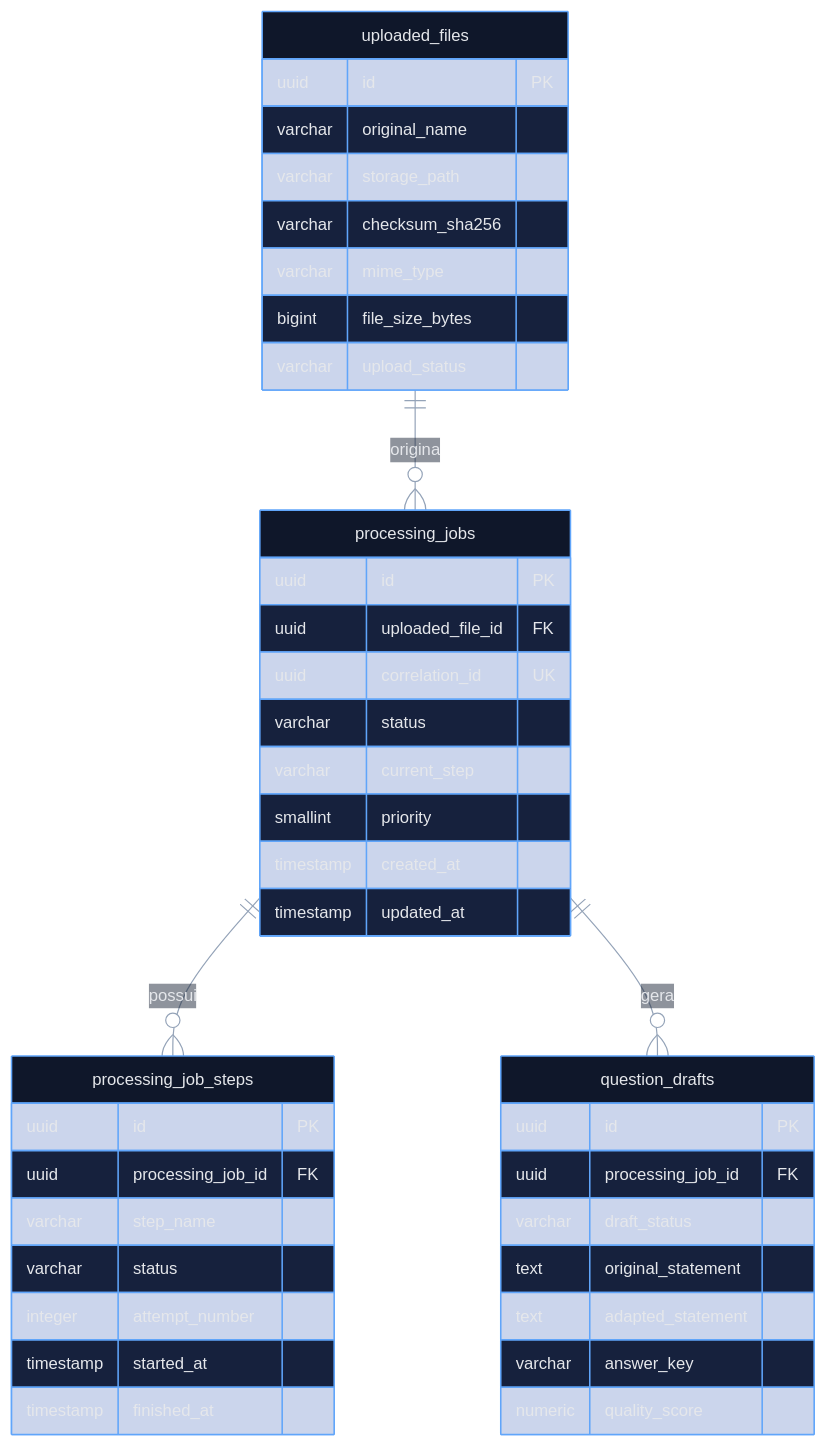
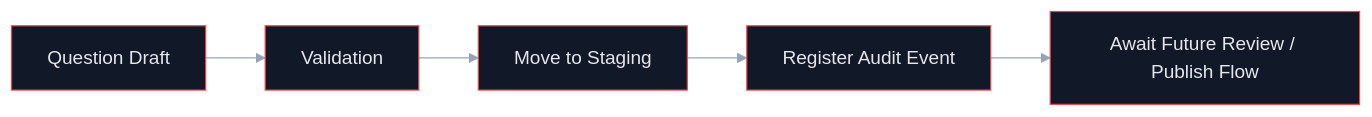
Before and after one commit to matheusdiamantino-betalent/IA: the fifth of 6 diagrams in README.md, drawn with Mermaid. The commit also changed other lines of this file, not shown here.

````diff
--- a/README.md
+++ b/README.md
@@ -787,76 +648,21 @@
 ```mermaid
 %%{init: {
   "theme": "base",
   "themeVariables": {
-    "background": "#020617",
-    "primaryColor": "#0f172a",
+    "background": "#0b1220",
+    "primaryColor": "#111827",
     "primaryTextColor": "#e5e7eb",
-    "primaryBorderColor": "#60a5fa",
-    "lineColor": "#94a3b8",
-    "secondaryColor": "#111827",
-    "secondaryTextColor": "#e2e8f0",
-    "secondaryBorderColor": "#34d399",
-    "tertiaryColor": "#1e293b",
-    "tertiaryTextColor": "#f8fafc",
-    "noteBkgColor": "#1e293b",
-    "noteTextColor": "#e2e8f0",
-    "noteBorderColor": "#a78bfa",
-    "actorBkg": "#0f172a",
-    "actorTextColor": "#e5e7eb",
-    "actorBorder": "#60a5fa",
-    "actorLineColor": "#94a3b8",
-    "signalColor": "#cbd5e1",
-    "signalTextColor": "#e5e7eb",
-    "labelBoxBkgColor": "#111827",
-    "labelBoxBorderColor": "#475569",
-    "labelTextColor": "#e5e7eb",
-    "loopTextColor": "#f8fafc",
-    "fontSize": "14px"
+    "primaryBorderColor": "#ef4444",
+    "secondaryColor": "#0f172a",
+    "secondaryTextColor": "#e5e7eb",
+    "tertiaryColor": "#111827",
+    "tertiaryTextColor": "#e5e7eb",
+    "lineColor": "#94a3b8"
   }
 }}%%
-erDiagram
-    uploaded_files {
-        uuid id PK
-        varchar original_name
-        varchar storage_path
-        varchar checksum_sha256
-        varchar mime_type
-        bigint file_size_bytes
-        varchar upload_status
-    }
-
-    processing_jobs {
-        uuid id PK
-        uuid uploaded_file_id FK
-        uuid correlation_id UK
-        varchar status
-        varchar current_step
-        smallint priority
-        timestamp created_at
-        timestamp updated_at
-    }
-
-    processing_job_steps {
-        uuid id PK
-        uuid processing_job_id FK
-        varchar step_name
-        varchar status
-        integer attempt_number
-        timestamp started_at
-        timestamp finished_at
-    }
-
-    question_drafts {
-        uuid id PK
-        uuid processing_job_id FK
-        varchar draft_status
-        text original_statement
-        text adapted_statement
-        varchar answer_key
-        numeric quality_score
-    }
-
-    uploaded_files ||--o{ processing_jobs : "origina"
-    processing_jobs ||--o{ processing_job_steps : "possui"
-    processing_jobs ||--o{ question_drafts : "gera"
+flowchart LR
+    A["Question Draft"] --> B["Validation"]
+    B --> C["Move to Staging"]
+    C --> D["Register Audit Event"]
+    D --> E["Await Future Review / Publish Flow"]
 ```
````
